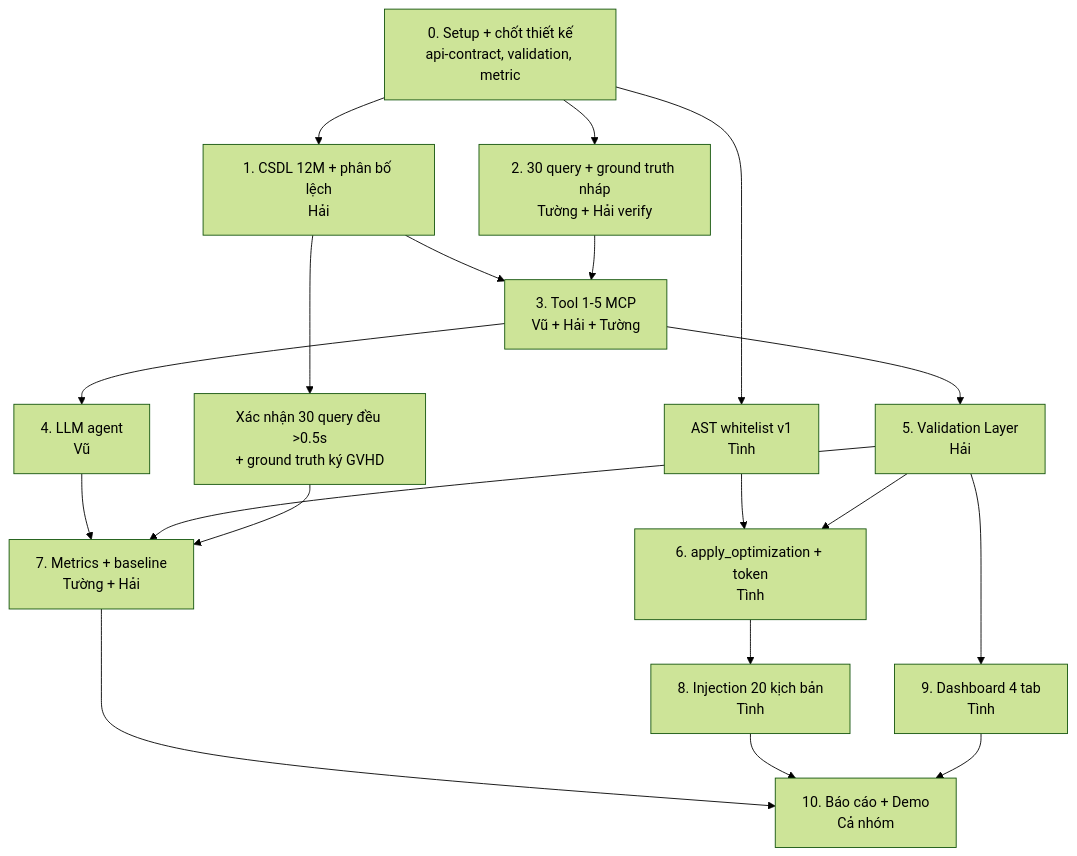
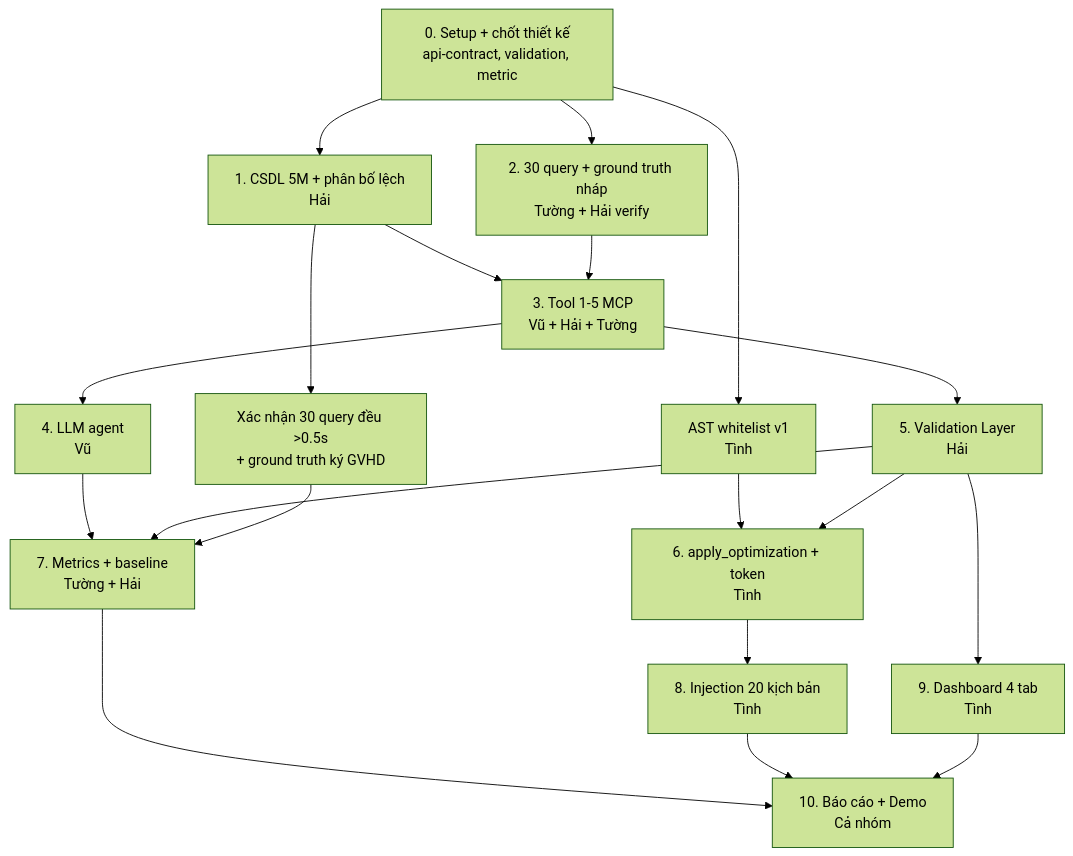
Before and after one commit to lam-vu6868/mcp-slowquery-optimizer: the diagram in project-management/ROADMAP.md, drawn with Mermaid (forest theme). The commit also changed other lines of this file and 6 other files, not shown here.

````diff
--- a/project-management/ROADMAP.md
+++ b/project-management/ROADMAP.md
@@ -29,21 +29,21 @@
 ```mermaid
 flowchart TD
-    A[0. Setup + chốt thiết kế<br/>api-contract, validation, metric] --> B[1. CSDL 12M + phân bố lệch<br/>Hải]
+    A[0. Setup + chốt thiết kế<br/>api-contract, validation, metric] --> B[1. CSDL 5M + phân bố lệch<br/>Hải]
     A --> C[2. 30 query + ground truth nháp<br/>Tường + Hải verify]
     B --> D[3. Tool 1-5 MCP<br/>Vũ + Hải + Tường]
     C --> D
     B --> C2[Xác nhận 30 query đều >0.5s<br/>+ ground truth ký GVHD]
     D --> E[4. LLM agent<br/>Vũ]
     D --> F[5. Validation Layer<br/>Hải]
     A --> G[AST whitelist v1<br/>Tình]
     G --> H[6. apply_optimization + token<br/>Tình]
     E --> I[7. Metrics + baseline<br/>Tường + Hải]
     F --> I
     F --> H
     H --> J[8. Injection 20 kịch bản<br/>Tình]
     F --> K[9. Dashboard 4 tab<br/>Tình]
     I --> L[10. Báo cáo + Demo<br/>Cả nhóm]
     J --> L
     K --> L
     C2 --> I
 ```
````
